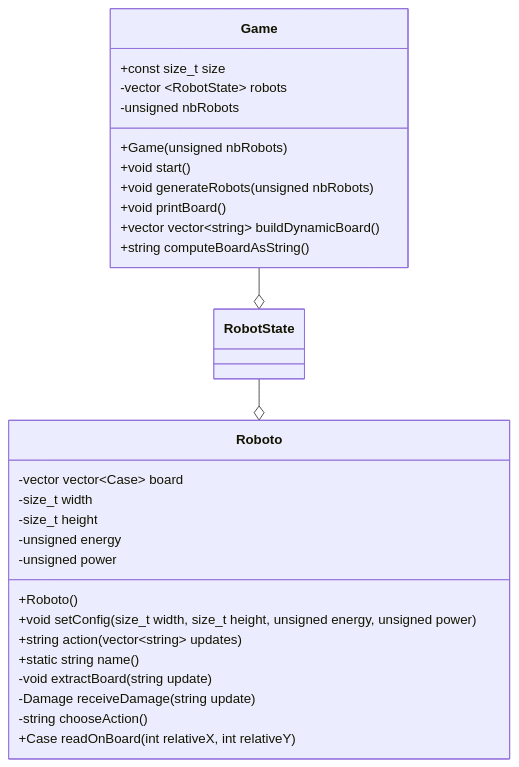
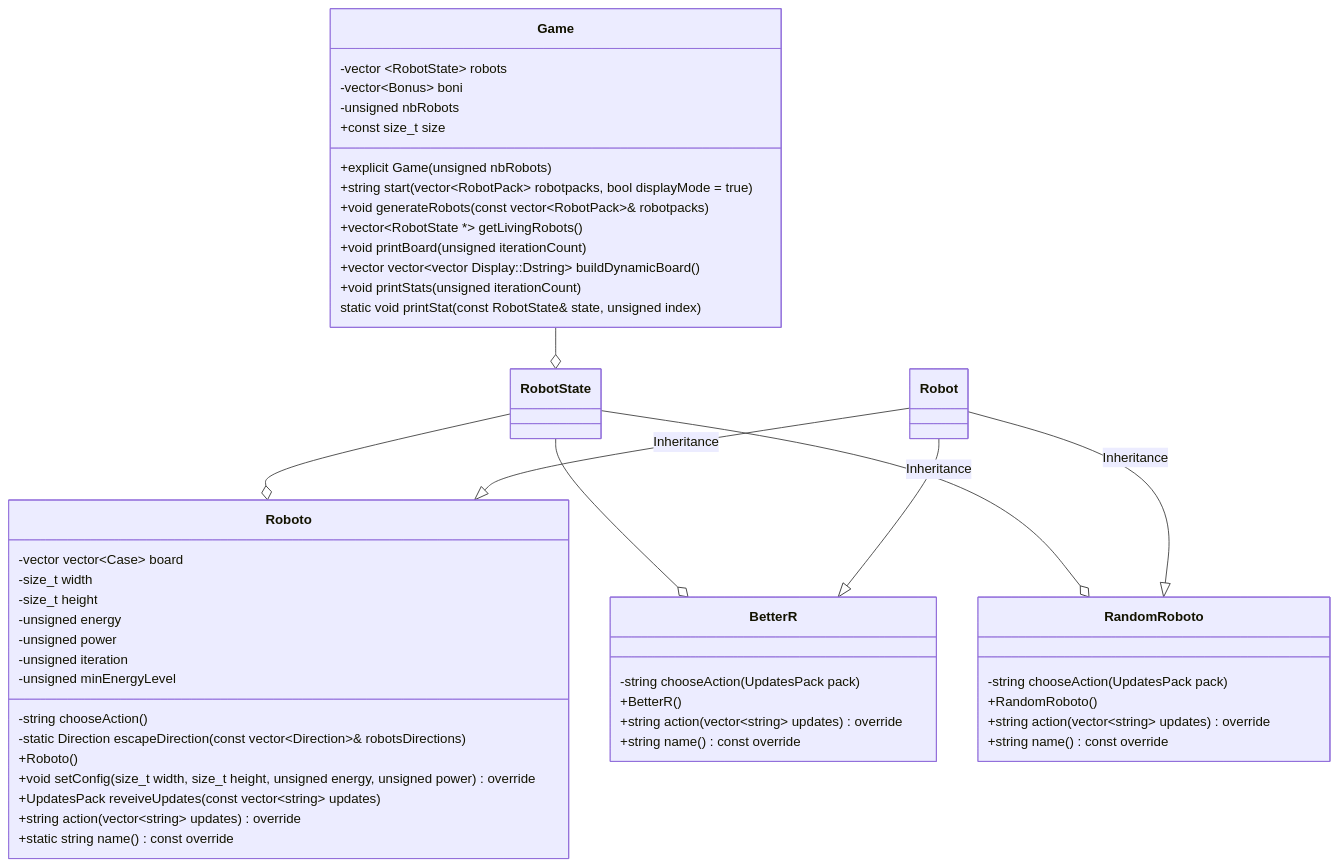
One commit to HEIGVD-PRG1-F-2022/lab06-lastrobotstanding-roboto changed the diagram in README.md. Above: the diagram before and after it, drawn with Mermaid. The commit also changed other lines of this file and 2 other files, not shown here.

Commit message:
fix mermaid diagram in readme

````diff
--- a/README.md
+++ b/README.md
@@ -5,32 +5,53 @@
 ```mermaid
 classDiagram
 	direction TB
 	RobotState --o Roboto
+	RobotState --o BetterR
+	RobotState --o RandomRoboto
 	Game --o RobotState
+	Robot --|> Roboto : Inheritance
+	Robot --|> BetterR : Inheritance
+	Robot --|> RandomRoboto : Inheritance
 	class Roboto {
 		-vector vector~Case~ board
 		-size_t width
 		-size_t height
 		-unsigned energy
 		-unsigned power
+		-unsigned iteration
+		-unsigned minEnergyLevel
+		-string chooseAction()
+		-static Direction escapeDirection(const vector~Direction~& robotsDirections)
 		+Roboto()
-		+void setConfig(size_t width, size_t height, unsigned energy, unsigned power)
-		+string action(vector~string~ updates)
-		+static string name()
-		-void extractBoard(string update)
-		-Damage receiveDamage(string update)
-		-string chooseAction()
-		+Case readOnBoard(int relativeX, int relativeY)
+		+void setConfig(size_t width, size_t height, unsigned energy, unsigned power) override
+		+UpdatesPack reveiveUpdates(const vector~string~ updates)
+		+string action(vector~string~ updates) override
+		+static string name() const override
+	}
+	class BetterR {
+	    -string chooseAction(UpdatesPack pack)
+	    +BetterR()
+	    +string action(vector~string~ updates) override
+	    +string name() const override
+	}
+	class RandomRoboto {
+	    -string chooseAction(UpdatesPack pack)
+	    +RandomRoboto()
+	    +string action(vector~string~ updates) override
+	    +string name() const override
 	}
 	class Game {
+		-vector ~RobotState~ robots
+		-vector~Bonus~ boni
+		-unsigned nbRobots
 		+const size_t size
-		-vector ~RobotState~ robots
-		-unsigned nbRobots
-		+Game(unsigned nbRobots)
-		+void start()
-		+void generateRobots(unsigned nbRobots)
-		+void printBoard()
-		+vector vector~string~ buildDynamicBoard()
-		+string computeBoardAsString()
+		+explicit Game(unsigned nbRobots)
+		+string start(vector~RobotPack~ robotpacks, bool displayMode = true)
+		+void generateRobots(const vector~RobotPack~& robotpacks)
+		+vector~RobotState *~ getLivingRobots()
+		+void printBoard(unsigned iterationCount)
+		+vector vector~vector Display::Dstring~ buildDynamicBoard()
+		+void printStats(unsigned iterationCount)
+		static void printStat(const RobotState& state, unsigned index)
 	}
 ```
````
